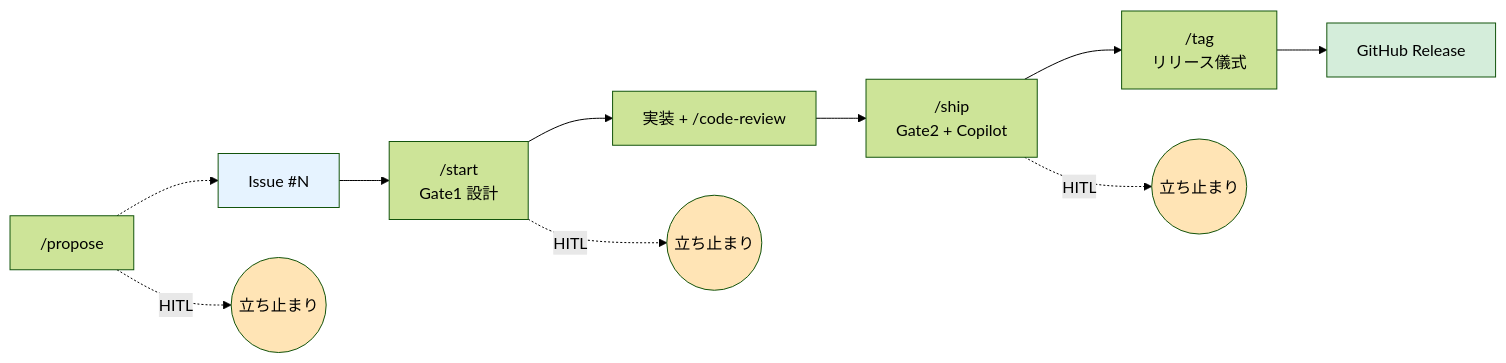
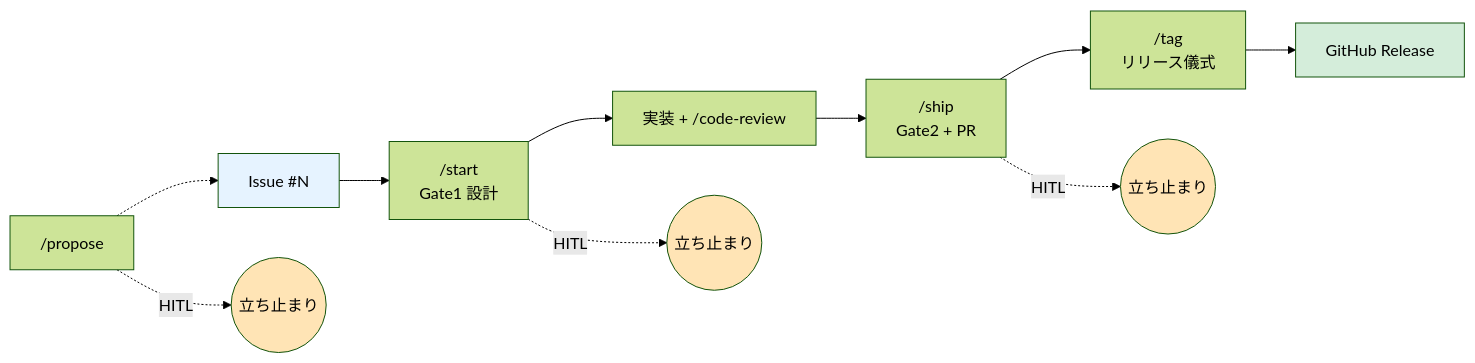
Before and after one commit to JFK/gh-issue-driven: the diagram in README.ja.md, drawn with Mermaid (forest theme). The commit also changed other lines of this file and 14 other files, not shown here.

````diff
--- a/README.ja.md
+++ b/README.ja.md
@@ -15,19 +15,19 @@
 ```mermaid
 graph LR
     P["/propose"] -.-> I[Issue #N]
     I --> S["/start<br/>Gate1 設計"]
     S --> IMP["実装 + /code-review"]
-    IMP --> SH["/ship<br/>Gate2 + Copilot"]
+    IMP --> SH["/ship<br/>Gate2 + PR"]
     SH --> T["/tag<br/>リリース儀式"]
     T --> R[GitHub Release]
 
     P -.HITL.-> H0((立ち止まり))
     S -.HITL.-> H1((立ち止まり))
     SH -.HITL.-> H2((立ち止まり))
 
     style H0 fill:#ffe4b5
     style H1 fill:#ffe4b5
     style H2 fill:#ffe4b5
     style I fill:#e6f3ff
     style R fill:#d4edda
 ```
````
